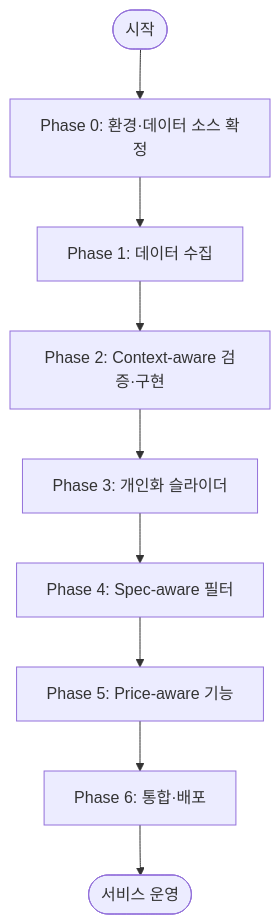
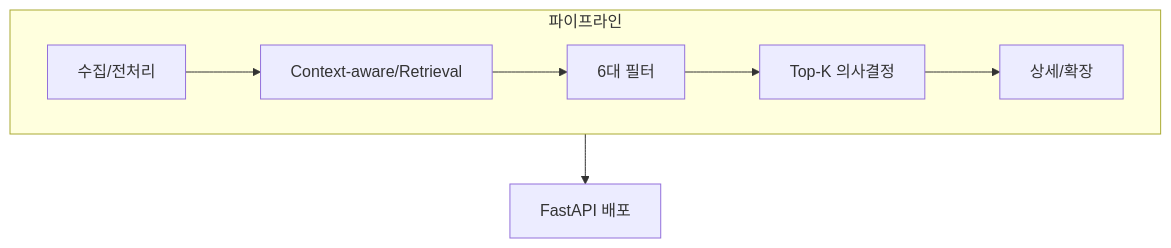
One commit to Game-recommend-sys-agent/Steam_Game_Recommand_Agent changed diagram 11 of 11 in docs/workflow.md. Above: the diagram before and after it, drawn with Mermaid. The commit also changed other lines of this file and 5 other files, not shown here.

First line of the commit message:
docs: add context-aware 5-8 notes and API reference

````diff
--- a/docs/workflow.md
+++ b/docs/workflow.md
@@ -390,14 +210,10 @@
 ```mermaid
 flowchart TB
-    Start([시작])
-    P0[Phase 0: 환경·데이터 소스 확정]
-    P1[Phase 1: 데이터 수집]
-    P2[Phase 2: Context-aware 검증·구현]
-    P3[Phase 3: 개인화 슬라이더]
-    P4[Phase 4: Spec-aware 필터]
-    P5[Phase 5: Price-aware 기능]
-    P6[Phase 6: 통합·배포]
-    End([서비스 운영])
-
-    Start --> P0 --> P1 --> P2 --> P3 --> P4 --> P5 --> P6 --> End
+    subgraph Pipe[파이프라인]
+      P1[수집/전처리] --> P2[Context-aware/Retrieval]
+      P2 --> P3[6대 필터]
+      P3 --> P4[Top-K 의사결정]
+      P4 --> P5[상세/확장]
+    end
+    Pipe --> API[FastAPI 배포]
 ```
````
